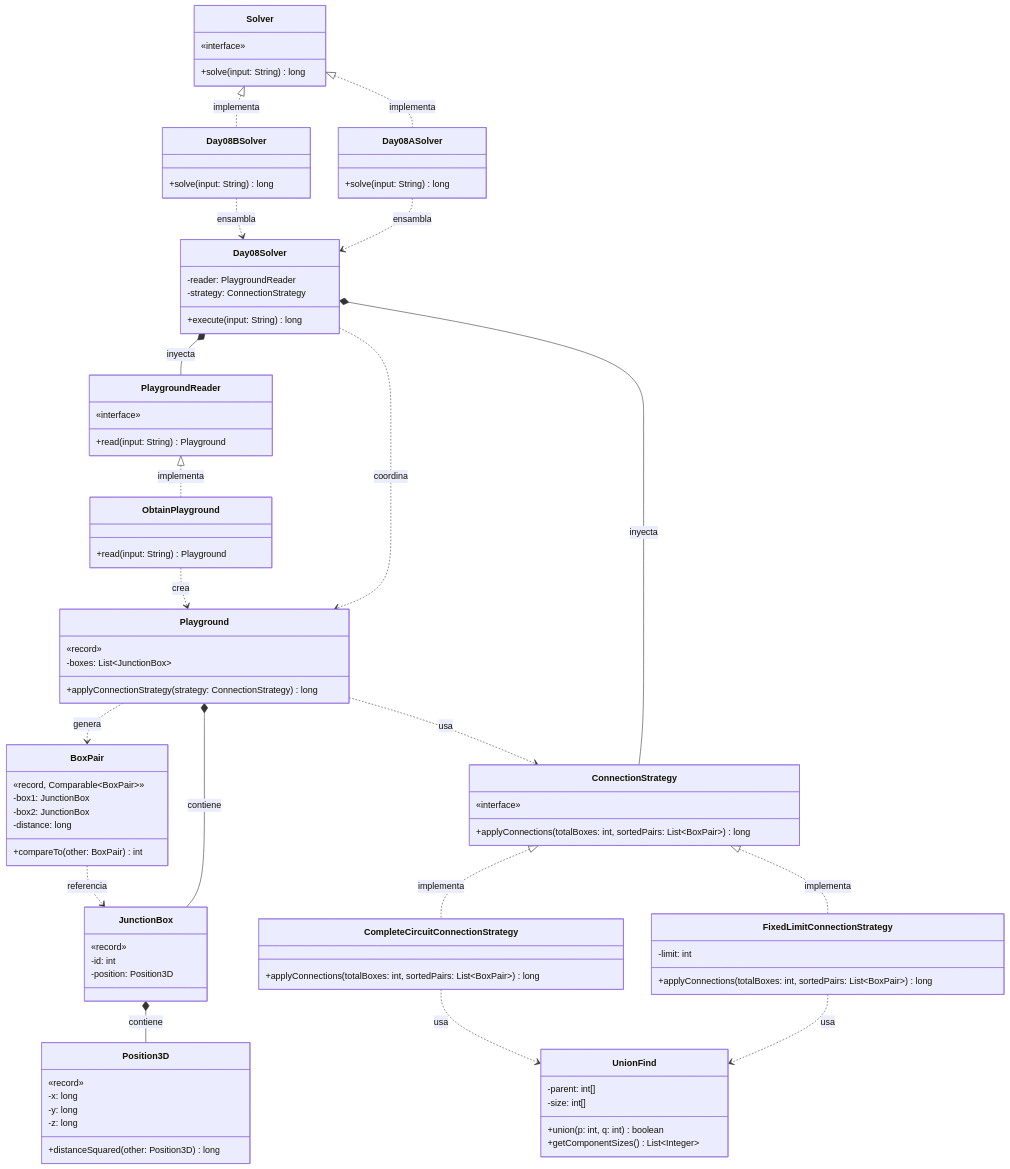
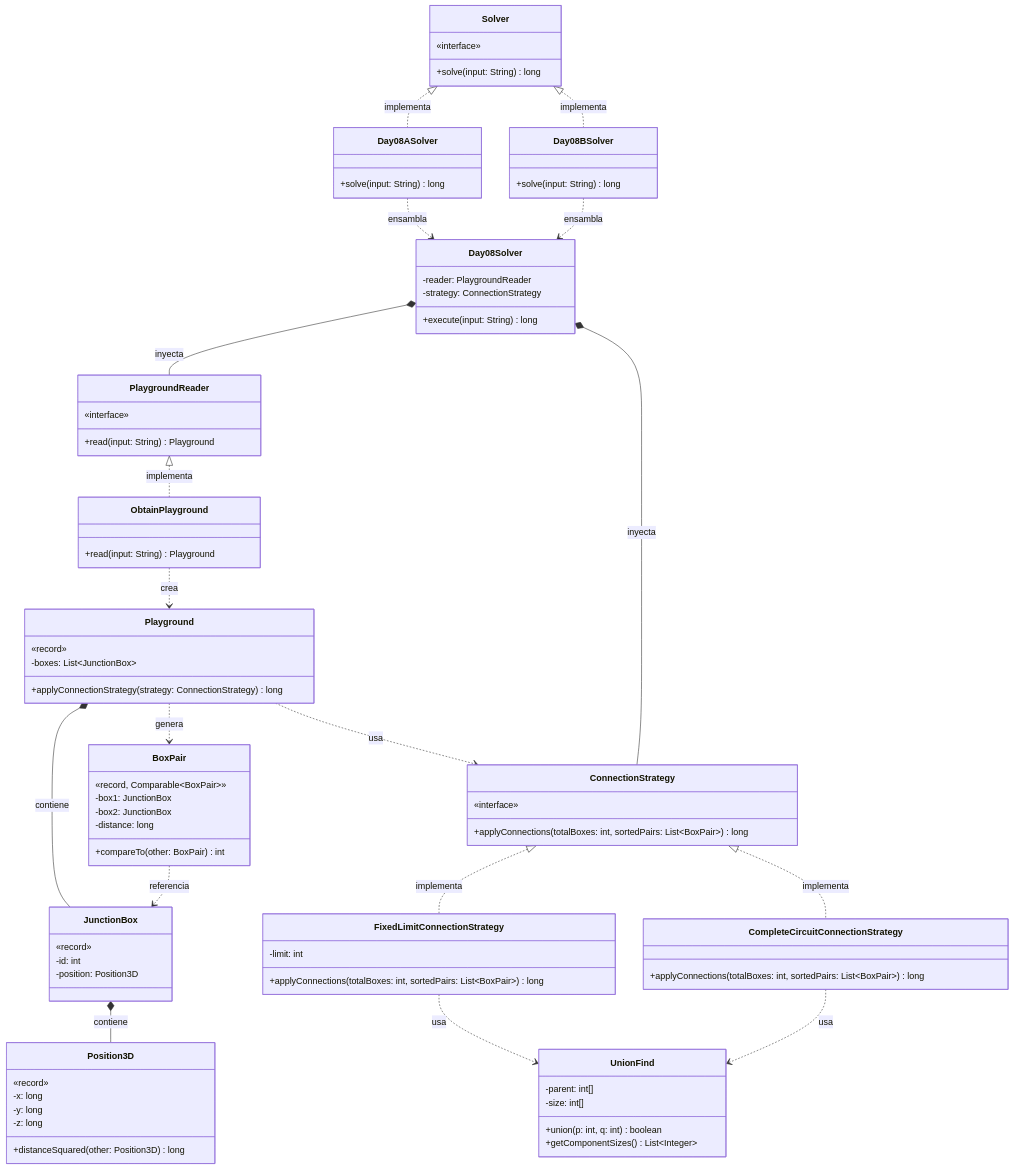
One commit to ivanperezdiaz829/AoC2025 changed the diagram in src/main/java/software/aoc/day08/README.md. Above: the diagram before and after it, drawn with Mermaid. The commit also changed other lines of this file and 1 other file, not shown here.

```diff
--- a/src/main/java/software/aoc/day08/README.md
+++ b/src/main/java/software/aoc/day08/README.md
@@ -129,7 +129,6 @@
   Day08Solver *-- ConnectionStrategy : inyecta
 
 %% Relaciones de Dominio
-  Day08Solver ..> Playground : coordina
   ObtainPlayground ..> Playground : crea
   Playground *-- JunctionBox : contiene
   Playground ..> BoxPair : genera
```
